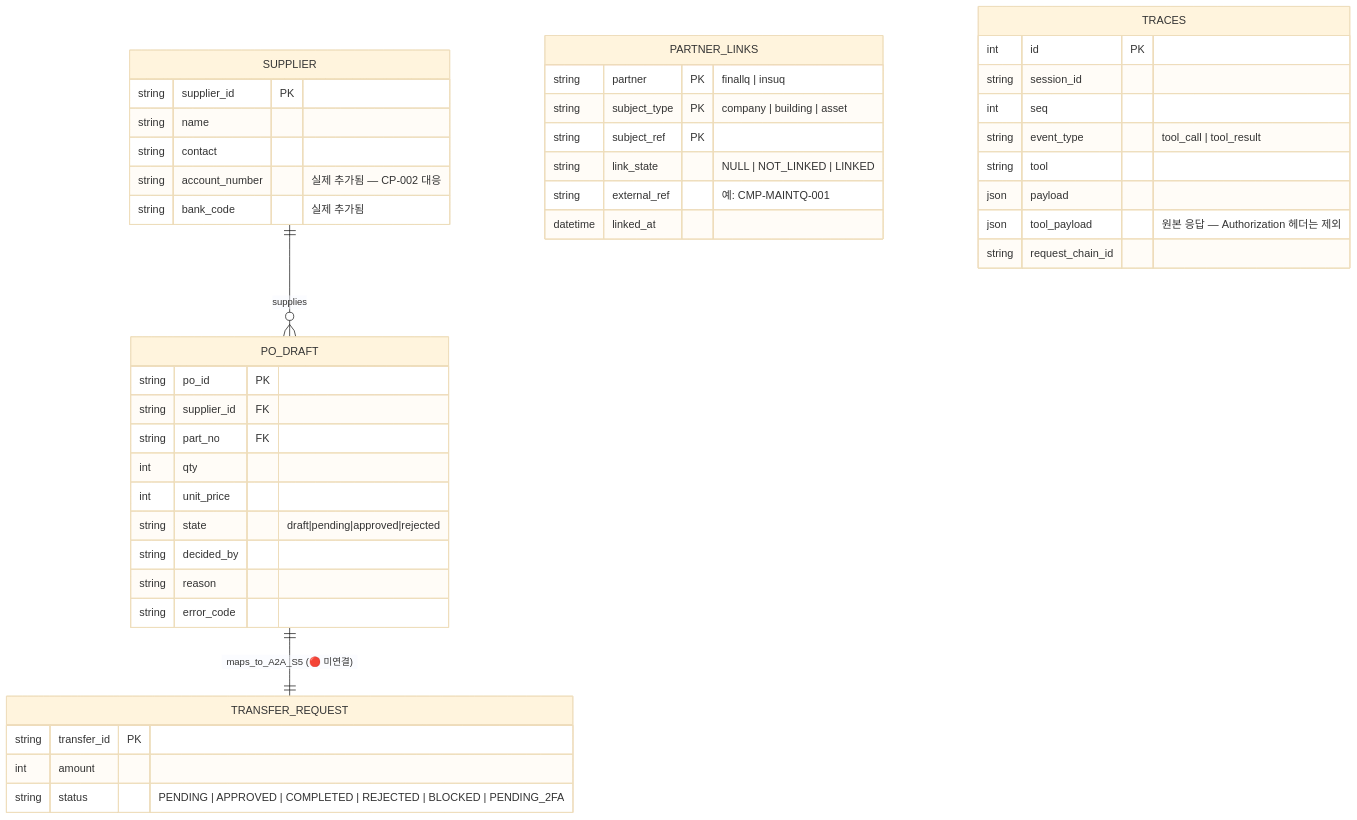
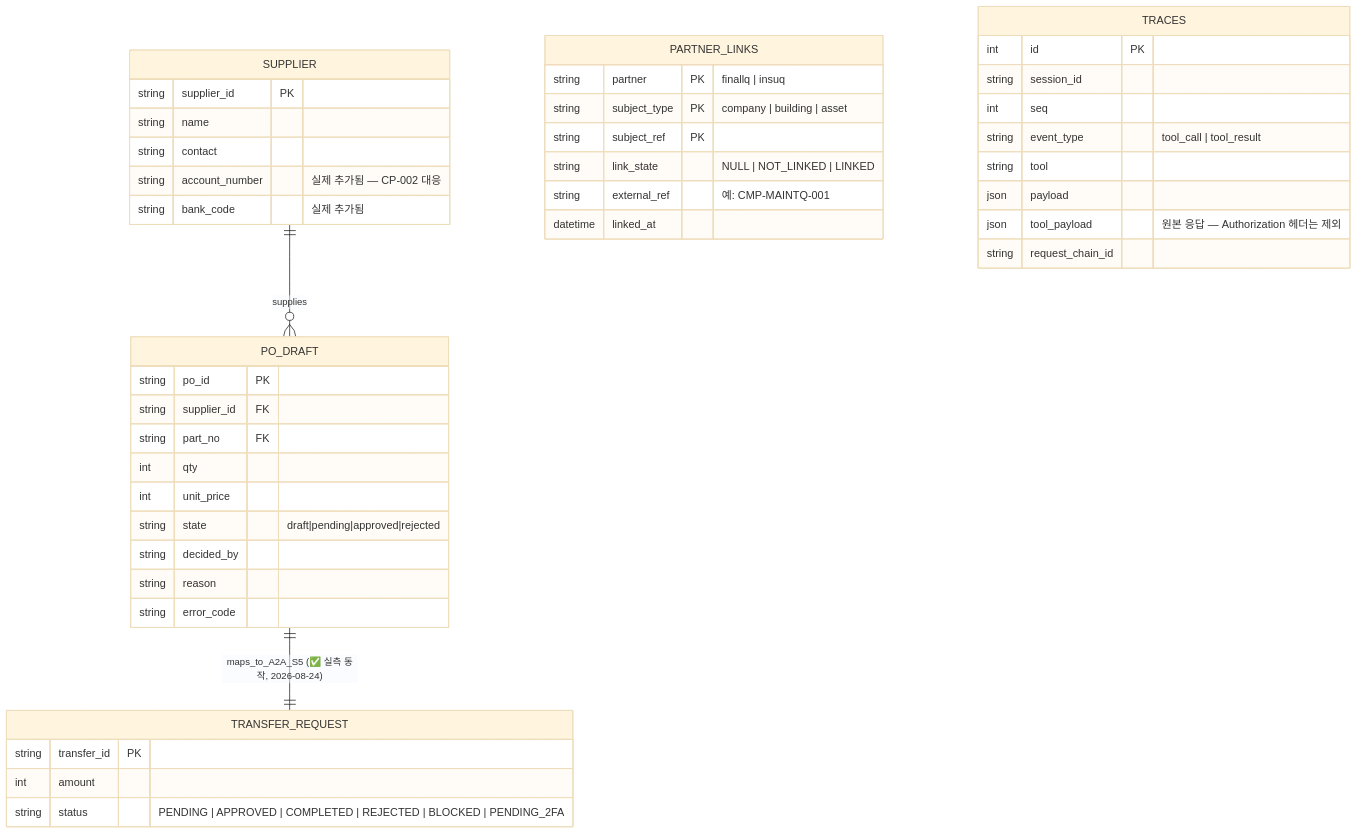
The fifth of 6 diagrams in A2A_DIAGRAMS.md (ttogle918/QMesh), drawn with Mermaid (base theme) before and after one commit. The commit also changed other lines of this file and 1 other file, not shown here.

First line of the commit message:
docs: MaintQ 아웃바운드 A2A 실 E2E 성공 반영 (request-withdrawal·assess-loan)

````diff
--- a/A2A_DIAGRAMS.md
+++ b/A2A_DIAGRAMS.md
@@ -164,51 +187,51 @@
 ```mermaid
 erDiagram
     SUPPLIER ||--o{ PO_DRAFT : supplies
-    PO_DRAFT ||--|| TRANSFER_REQUEST : "maps_to_A2A_S5 (🔴 미연결)"
+    PO_DRAFT ||--|| TRANSFER_REQUEST : "maps_to_A2A_S5 (✅ 실측 동작, 2026-08-24)"
 
     SUPPLIER {
         string supplier_id PK
         string name
         string contact
         string account_number "실제 추가됨 — CP-002 대응"
         string bank_code "실제 추가됨"
     }
 
     PO_DRAFT {
         string po_id PK
         string supplier_id FK
         string part_no FK
         int qty
         int unit_price
         string state "draft|pending|approved|rejected"
         string decided_by
         string reason
         string error_code
     }
 
     PARTNER_LINKS {
         string partner PK "finallq | insuq"
         string subject_type PK "company | building | asset"
         string subject_ref PK
         string link_state "NULL | NOT_LINKED | LINKED"
         string external_ref "예: CMP-MAINTQ-001"
         datetime linked_at
     }
 
     TRACES {
         int id PK
         string session_id
         int seq
         string event_type "tool_call | tool_result"
         string tool
         json payload
         json tool_payload "원본 응답 — Authorization 헤더는 제외"
         string request_chain_id
     }
 
     TRANSFER_REQUEST {
         string transfer_id PK
         int amount
         string status "PENDING | APPROVED | COMPLETED | REJECTED | BLOCKED | PENDING_2FA"
     }
 ```
````
